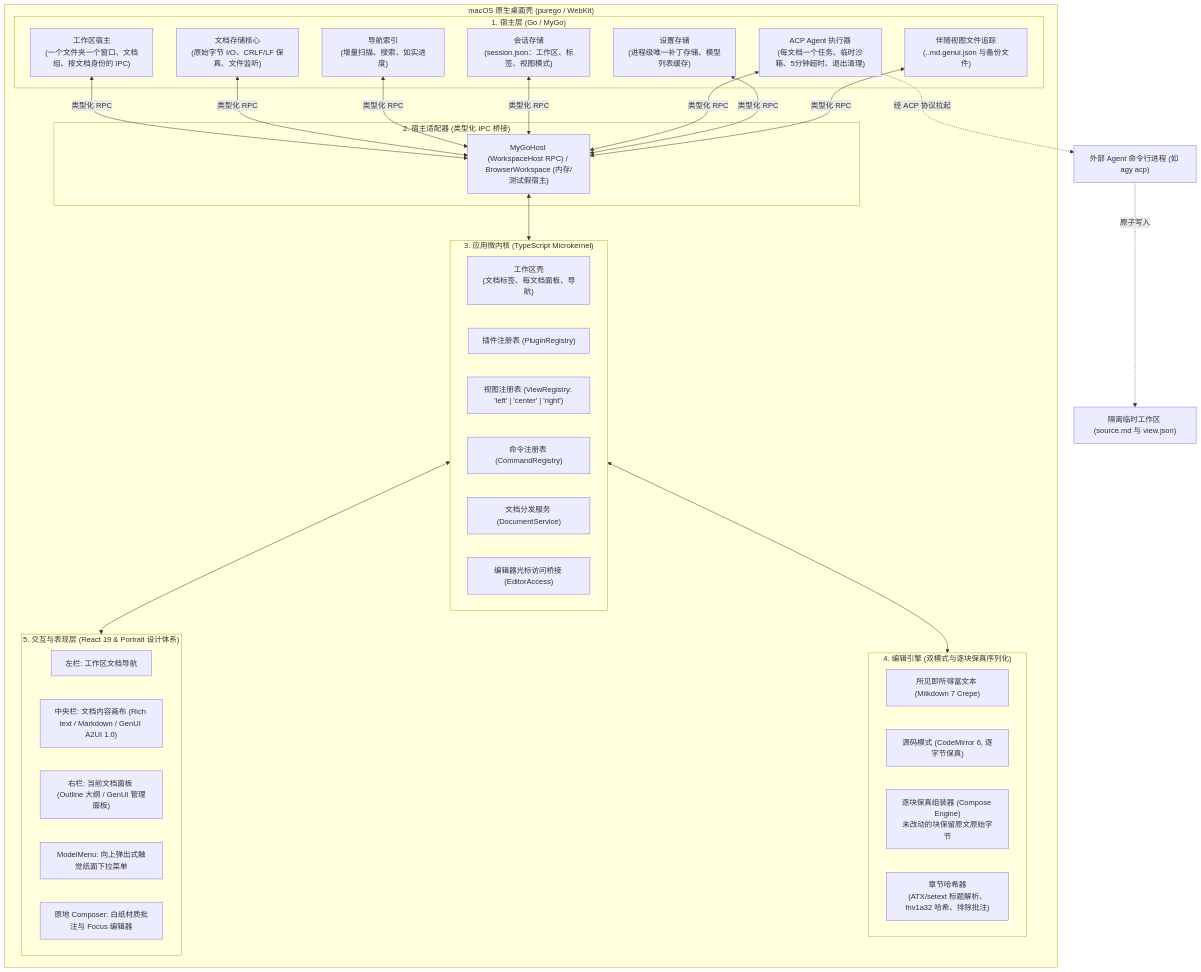
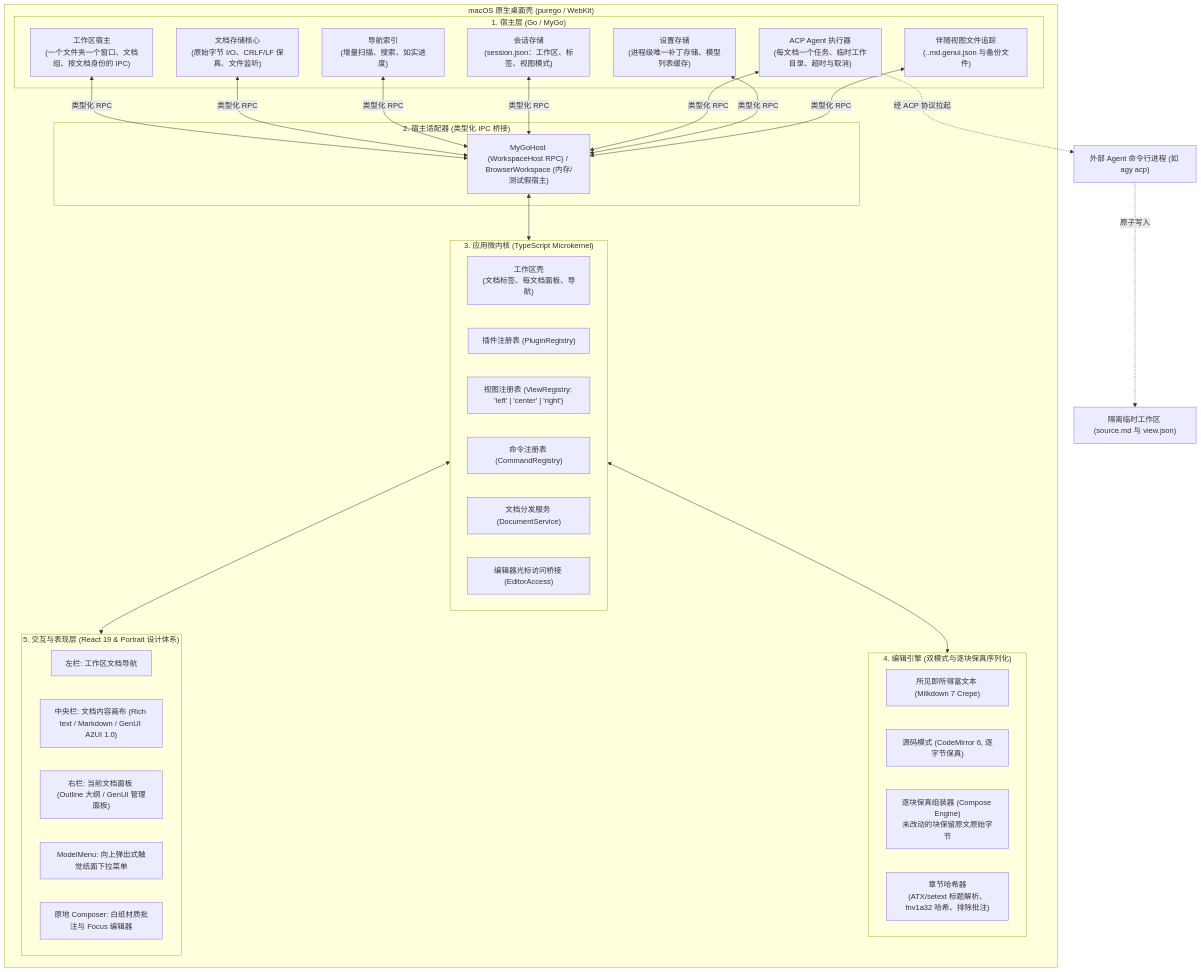
The second of 2 diagrams in ARCHITECTURE.md (Bayern99/mark-go-go), drawn with Mermaid before and after one commit. The commit also changed other lines of this file and 26 other files, not shown here.

````diff
--- a/ARCHITECTURE.md
+++ b/ARCHITECTURE.md
@@ -150,57 +150,57 @@
 ```mermaid
 graph TD
     subgraph macOS桌面宿主 ["macOS 原生桌面壳 (purego / WebKit)"]
         subgraph Go宿主层 ["1. 宿主层 (Go / MyGo)"]
             Workspaces["工作区宿主<br/>(一个文件夹一个窗口、文档组、按文档身份的 IPC)"]
             DocStore["文档存储核心<br/>(原始字节 I/O、CRLF/LF 保真、文件监听)"]
             NavIndex["导航索引<br/>(增量扫描、搜索、如实进度)"]
             SessionStore["会话存储<br/>(session.json：工作区、标签、视图模式)"]
-            AgentRunner["ACP Agent 执行器<br/>(每文档一个任务、临时沙箱、5分钟超时、退出清理)"]
+            AgentRunner["ACP Agent 执行器<br/>(每文档一个任务、临时工作目录、超时与取消)"]
             SettingsStore["设置存储<br/>(进程级唯一补丁存储、模型列表缓存)"]
             ViewTracker["伴随视图文件追踪<br/>(.<doc>.md.genui.json 与备份文件)"]
         end
 
         subgraph IPC层 ["2. 宿主适配器 (类型化 IPC 桥接)"]
             MyGoHost["MyGoHost (WorkspaceHost RPC) / BrowserWorkspace (内存/测试假宿主)"]
         end
 
         subgraph 核心层 ["3. 应用微内核 (TypeScript Microkernel)"]
             Shell["工作区壳<br/>(文档标签、每文档面板、导航)"]
             PluginReg["插件注册表 (PluginRegistry)"]
             ViewReg["视图注册表 (ViewRegistry: 'left' | 'center' | 'right')"]
             CmdReg["命令注册表 (CommandRegistry)"]
             DocSvc["文档分发服务 (DocumentService)"]
             EditorAccess["编辑器光标访问桥接 (EditorAccess)"]
         end
 
         subgraph 编辑引擎层 ["4. 编辑引擎 (双模式与逐块保真序列化)"]
             WYSIWYG["所见即所得富文本 (Milkdown 7 Crepe)"]
             Source["源码模式 (CodeMirror 6, 逐字节保真)"]
             Compose["逐块保真组装器 (Compose Engine)<br/>未改动的块保留原文原始字节"]
             SectionHash["章节哈希器<br/>(ATX/setext 标题解析、fnv1a32 哈希、排除批注)"]
         end
 
         subgraph 视图与UI层 ["5. 交互与表现层 (React 19 & Portrait 设计体系)"]
             LeftCol["左栏: 工作区文档导航"]
             CenterCol["中央栏: 文档内容画布 (Rich text / Markdown / GenUI A2UI 1.0)"]
             RightCol["右栏: 当前文档面板 (Outline 大纲 / GenUI 管理面板)"]
             ModelMenu["ModelMenu: 向上弹出式触觉纸面下拉菜单"]
             Composer["原地 Composer: 白纸材质批注与 Focus 编辑器"]
         end
     end
 
     Workspaces <-->|类型化 RPC| MyGoHost
     DocStore <-->|类型化 RPC| MyGoHost
     NavIndex <-->|类型化 RPC| MyGoHost
     SessionStore <-->|类型化 RPC| MyGoHost
     AgentRunner <-->|类型化 RPC| MyGoHost
     SettingsStore <-->|类型化 RPC| MyGoHost
     ViewTracker <-->|类型化 RPC| MyGoHost
 
     MyGoHost <--> 核心层
     核心层 <--> 编辑引擎层
     核心层 <--> 视图与UI层
 
     AgentRunner -.->|经 ACP 协议拉起| ExternalAgent["外部 Agent 命令行进程 (如 agy acp)"]
     ExternalAgent -.->|原子写入| IsolatedWorkspace["隔离临时工作区 (source.md 与 view.json)"]
 ```
````
